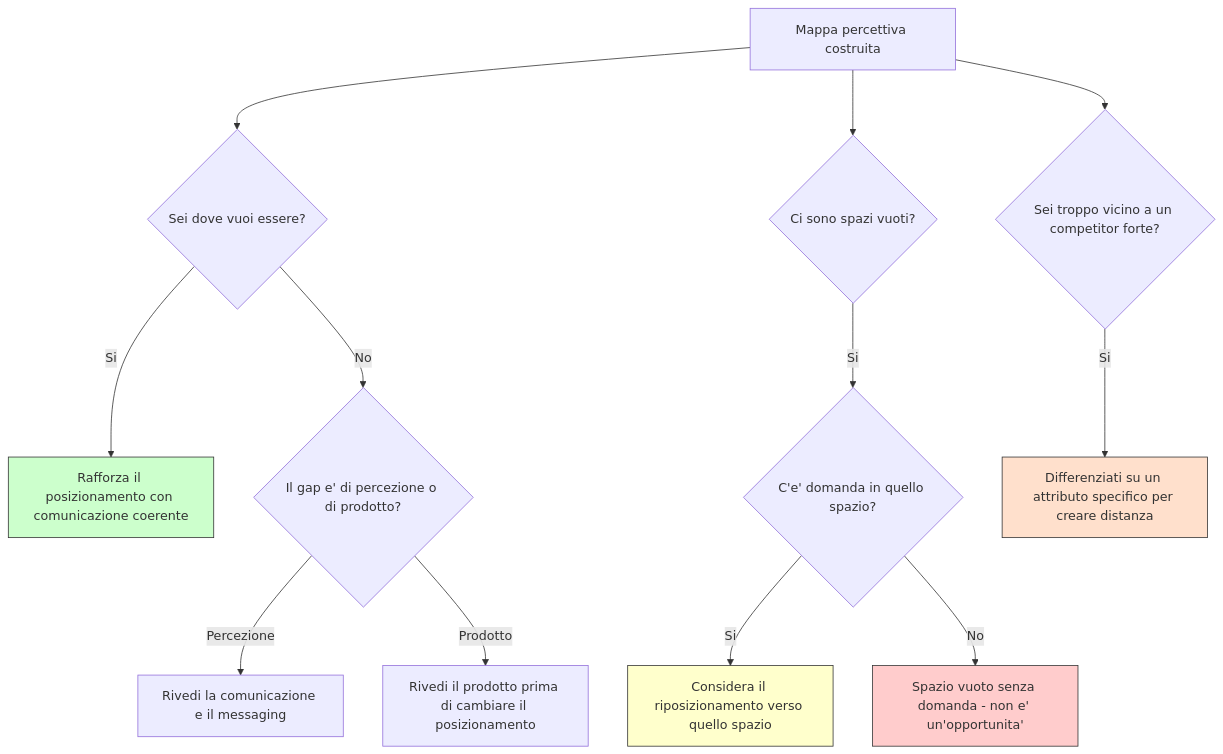
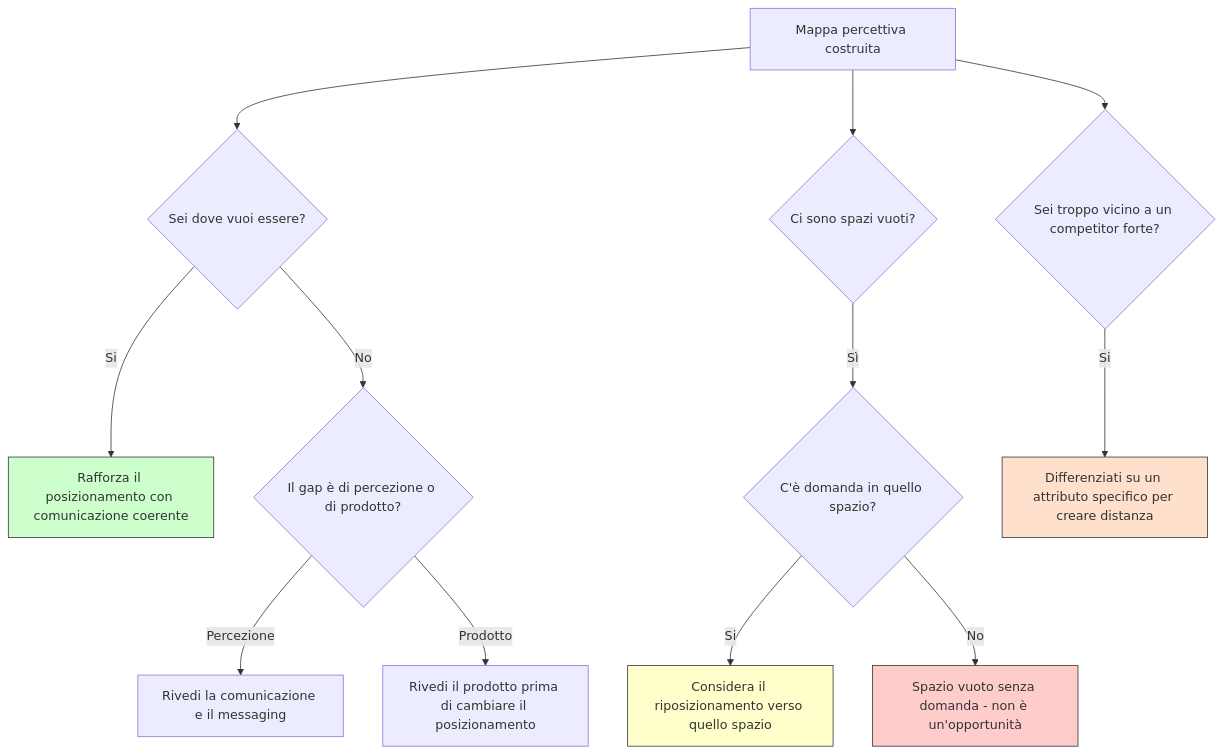
Before and after one commit to AndreyBertasini/gynnitech: the diagram in src/content/blog/mappe-percettive.mdx, drawn with Mermaid. The commit also changed other lines of this file and 77 other files, not shown here.

````diff
--- a/src/content/blog/mappe-percettive.mdx
+++ b/src/content/blog/mappe-percettive.mdx
@@ -224,18 +224,18 @@
 ```mermaid
 graph TD
     A[Mappa percettiva costruita] --> B{Sei dove vuoi essere?}
     B -- Si --> C[Rafforza il posizionamento con comunicazione coerente]
-    B -- No --> D{Il gap e' di percezione o di prodotto?}
+    B -- No --> D{Il gap è di percezione o di prodotto?}
     D -- Percezione --> E[Rivedi la comunicazione e il messaging]
     D -- Prodotto --> F[Rivedi il prodotto prima di cambiare il posizionamento]
     A --> G{Ci sono spazi vuoti?}
-    G -- Si --> H{C'e' domanda in quello spazio?}
+    G -- Sì --> H{C'è domanda in quello spazio?}
     H -- Si --> I[Considera il riposizionamento verso quello spazio]
-    H -- No --> J[Spazio vuoto senza domanda - non e' un'opportunita']
+    H -- No --> J[Spazio vuoto senza domanda - non è un'opportunità]
     A --> K{Sei troppo vicino a un competitor forte?}
     K -- Si --> L[Differenziati su un attributo specifico per creare distanza]
     style C fill:#ccffcc,stroke:#333
     style I fill:#ffffcc,stroke:#333
     style L fill:#ffe0cc,stroke:#333
     style J fill:#ffcccc,stroke:#333
 ```
````
